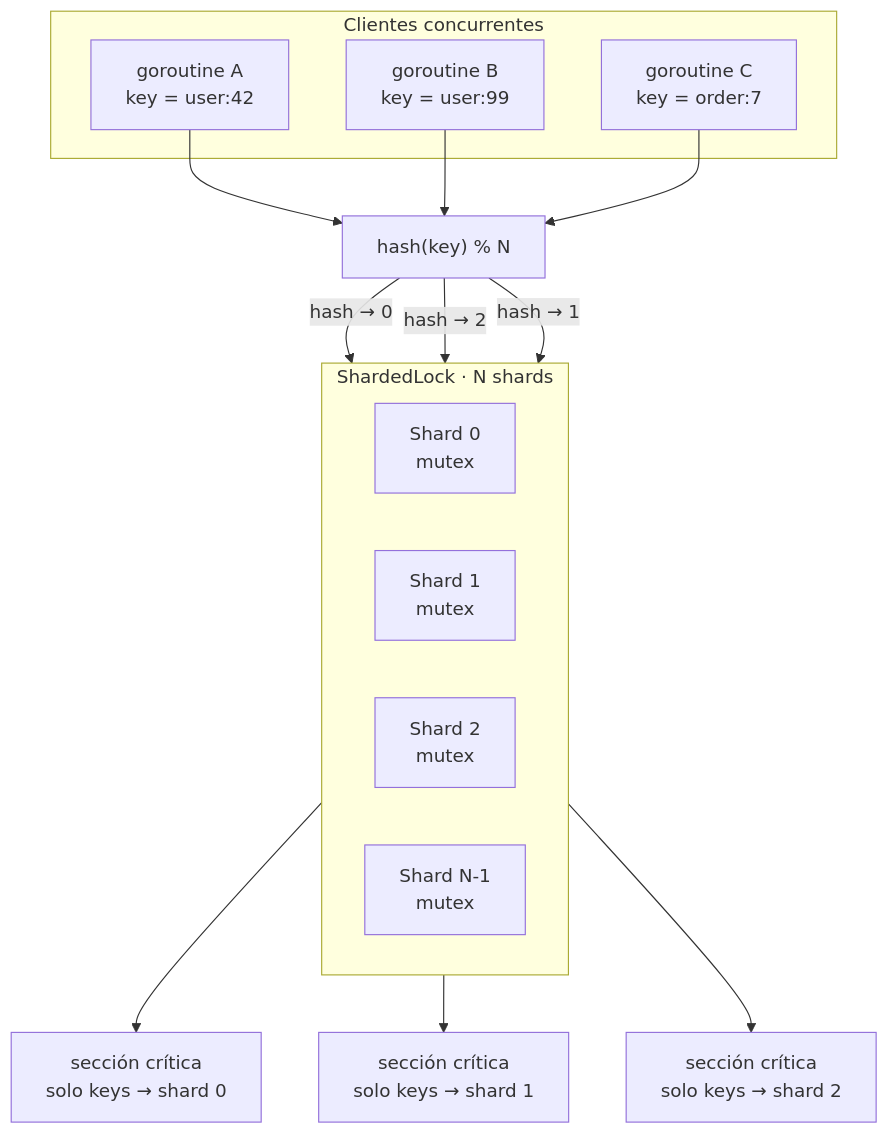
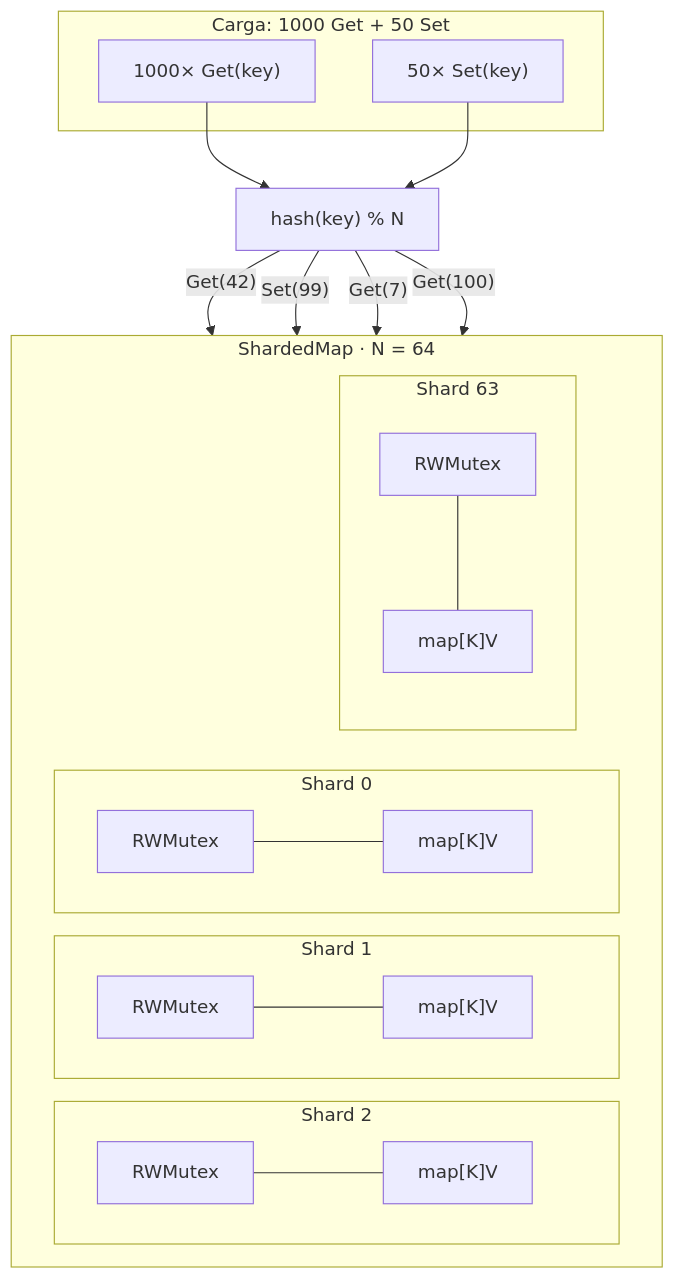
One commit to marceterrone10/sharded-lock changed the third of 4 diagrams in README.md. Above: the diagram before and after it, drawn with Mermaid. The commit also changed other lines of this file, not shown here.

Commit message:
Actualización README.md, ejemplo RWMutex vs Sharded locks

````diff
--- a/README.md
+++ b/README.md
@@ -5,30 +74,45 @@
 ```mermaid
 flowchart TB
-  subgraph clients["Clientes concurrentes"]
-    C1["goroutine A<br/>key = user:42"]
-    C2["goroutine B<br/>key = user:99"]
-    C3["goroutine C<br/>key = order:7"]
+  subgraph load2["Carga: 1000 Get + 50 Set"]
+    R2["1000× Get(key)"]
+    W2["50× Set(key)"]
   end
 
-  H["hash(key) % N"]
+  HASH["hash(key) % N"]
 
-  subgraph pool["ShardedLock · N shards"]
+  subgraph sm["ShardedMap · N = 64"]
     direction LR
-    S0["Shard 0<br/>mutex"]
-    S1["Shard 1<br/>mutex"]
-    S2["Shard 2<br/>mutex"]
-    SN["Shard N-1<br/>mutex"]
+
+    subgraph s0["Shard 0"]
+      RW0["RWMutex"]
+      M0["map[K]V"]
+      RW0 --- M0
+    end
+
+    subgraph s1["Shard 1"]
+      RW1["RWMutex"]
+      M1["map[K]V"]
+      RW1 --- M1
+    end
+
+    subgraph s2["Shard 2"]
+      RW2["RWMutex"]
+      M2["map[K]V"]
+      RW2 --- M2
+    end
+
+    subgraph sn["Shard 63"]
+      RWn["RWMutex"]
+      Mn["map[K]V"]
+      RWn --- Mn
+    end
   end
 
-  C1 --> H
-  C2 --> H
-  C3 --> H
+  R2 --> HASH
+  W2 --> HASH
 
-  H -->|"hash → 0"| S0
-  H -->|"hash → 2"| S2
-  H -->|"hash → 1"| S1
-
-  S0 --> Crit0["sección crítica<br/>solo keys → shard 0"]
-  S1 --> Crit1["sección crítica<br/>solo keys → shard 1"]
-  S2 --> Crit2["sección crítica<br/>solo keys → shard 2"]
+  HASH -->|"Get(42)"| RW0
+  HASH -->|"Set(99)"| RW1
+  HASH -->|"Get(7)"| RW2
+  HASH -->|"Get(100)"| RW1
 ```
````
